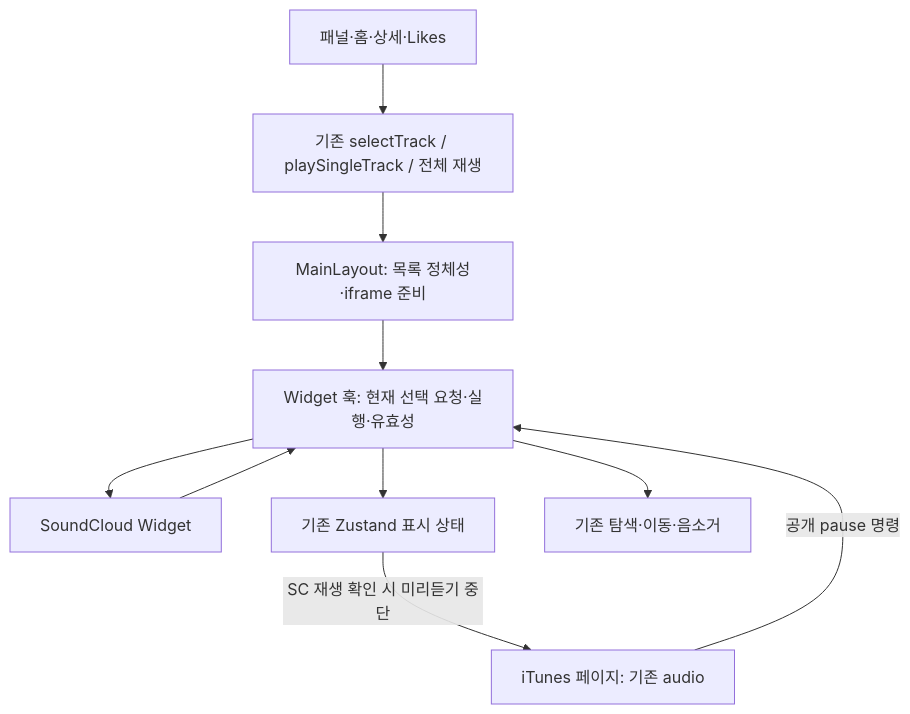
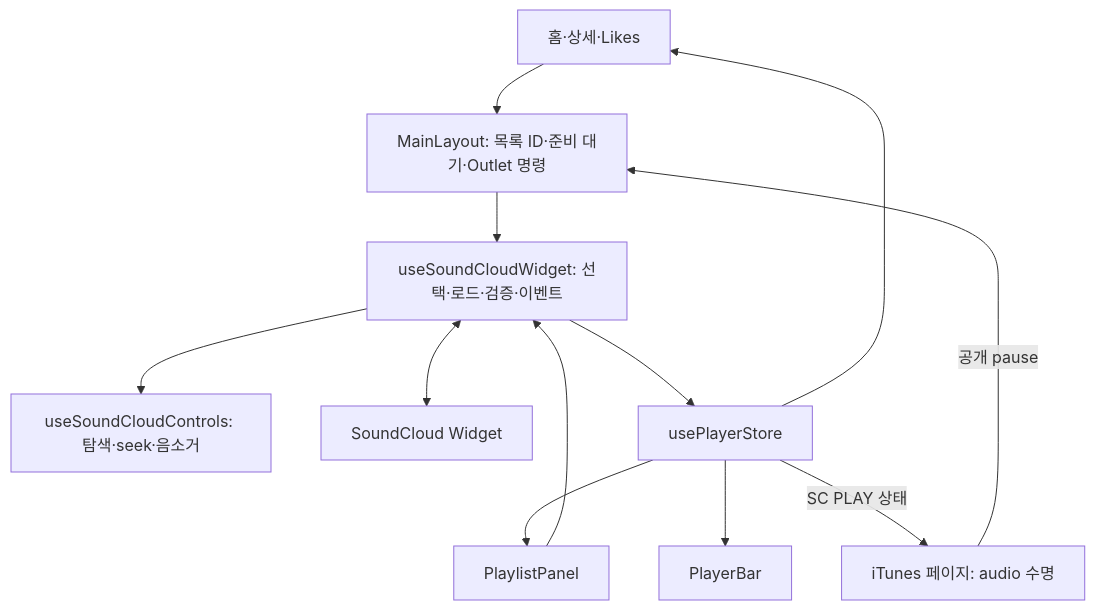
Before and after one commit to jsjweb0/newtronome: the first of 2 diagrams in docs/player-refactoring-plan.md, drawn with Mermaid. The commit also changed other lines of this file and 6 other files, not shown here.

````diff
--- a/docs/player-refactoring-plan.md
+++ b/docs/player-refactoring-plan.md
@@ -103,12 +43,14 @@
 ```mermaid
 flowchart TD
-    Pages[패널·홈·상세·Likes] --> API[기존 selectTrack / playSingleTrack / 전체 재생]
-    API --> Layout[MainLayout: 목록 정체성·iframe 준비]
-    Layout --> Hook[Widget 훅: 현재 선택 요청·실행·유효성]
-    Hook --> SDK[SoundCloud Widget]
-    SDK --> Hook
-    Hook --> Store[기존 Zustand 표시 상태]
-    Hook --> Controls[기존 탐색·이동·음소거]
-    Search[iTunes 페이지: 기존 audio] -->|공개 pause 명령| Hook
-    Store -->|SC 재생 확인 시 미리듣기 중단| Search
+    Pages[홈·상세·Likes] --> Layout[MainLayout: 목록 ID·준비 대기·Outlet 명령]
+    Panel[PlaylistPanel] --> Hook[useSoundCloudWidget: 선택·로드·검증·이벤트]
+    Layout --> Hook
+    Hook --> Controls[useSoundCloudControls: 탐색·seek·음소거]
+    Hook <--> SDK[SoundCloud Widget]
+    Hook --> Store[usePlayerStore]
+    Store --> Pages
+    Store --> Panel
+    Store --> Bar[PlayerBar]
+    Search[iTunes 페이지: audio 수명] -->|공개 pause| Layout
+    Store -->|SC PLAY 상태| Search
 ```
````
